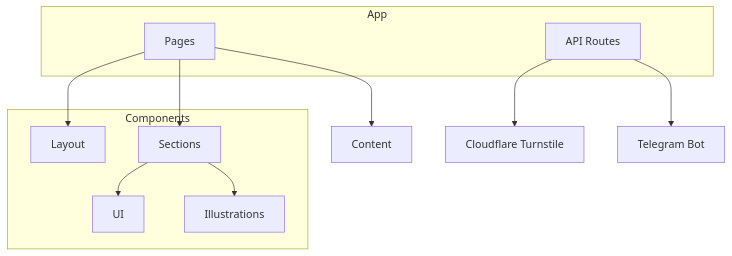
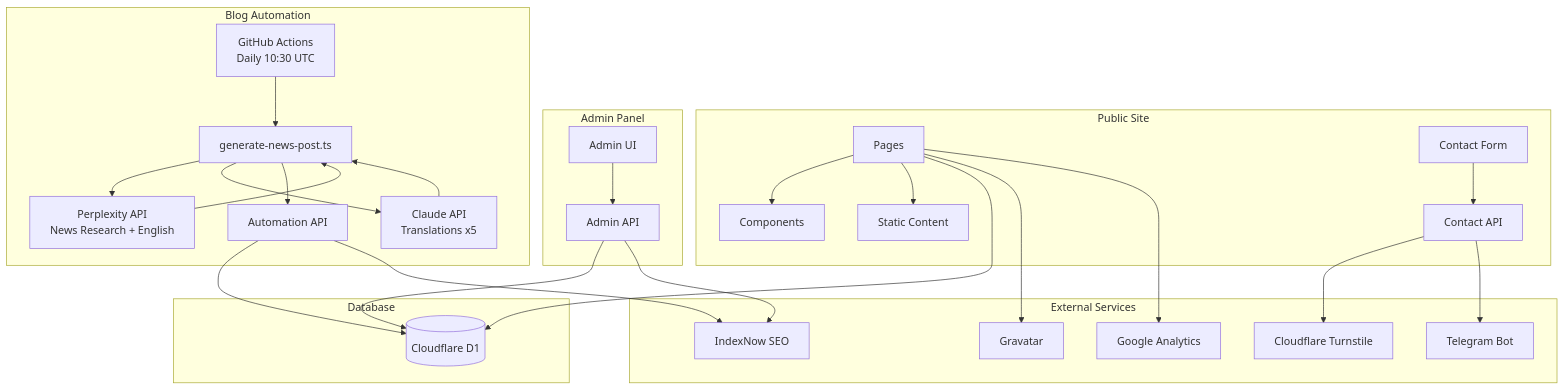
One commit to ITGuys-RO/itguys.ro changed the diagram in README.md. Above: the diagram before and after it, drawn with Mermaid. The commit also changed 1 other file, not shown here.

Commit message:
updated doc files

````diff
--- a/README.md
+++ b/README.md
@@ -7,25 +7,55 @@
 ```mermaid
 graph TB
-    subgraph App
+    subgraph "Public Site"
         Pages[Pages]
-        API[API Routes]
+        Components[Components]
+        Content[Static Content]
+        ContactForm[Contact Form]
+        ContactAPI[Contact API]
     end
 
-    subgraph Components
-        Layout[Layout]
-        Sections[Sections]
-        UI[UI]
-        Illustrations[Illustrations]
+    subgraph "Admin Panel"
+        AdminUI[Admin UI]
+        AdminAPI[Admin API]
     end
 
-    Content[Content]
+    subgraph "Blog Automation"
+        GHA[GitHub Actions<br/>Daily 10:30 UTC]
+        Generator[generate-news-post.ts]
+        Perplexity[Perplexity API<br/>News Research + English]
+        Claude[Claude API<br/>Translations x5]
+        AutomationAPI[Automation API]
+    end
 
-    Pages --> Layout
-    Pages --> Sections
+    subgraph "Database"
+        D1[(Cloudflare D1)]
+    end
+
+    subgraph "External Services"
+        Turnstile[Cloudflare Turnstile]
+        Telegram[Telegram Bot]
+        IndexNow[IndexNow SEO]
+        Gravatar[Gravatar]
+        GA4[Google Analytics]
+    end
+
+    Pages --> Components
     Pages --> Content
-    Sections --> UI
-    Sections --> Illustrations
-
-    API --> Turnstile[Cloudflare Turnstile]
-    API --> Telegram[Telegram Bot]
+    Pages --> D1
+    Pages --> Gravatar
+    Pages --> GA4
+    ContactForm --> ContactAPI
+    ContactAPI --> Turnstile
+    ContactAPI --> Telegram
+    AdminUI --> AdminAPI
+    AdminAPI --> D1
+    AdminAPI --> IndexNow
+    GHA --> Generator
+    Generator --> Perplexity
+    Perplexity --> Generator
+    Generator --> Claude
+    Claude --> Generator
+    Generator --> AutomationAPI
+    AutomationAPI --> D1
+    AutomationAPI --> IndexNow
 ```
````
